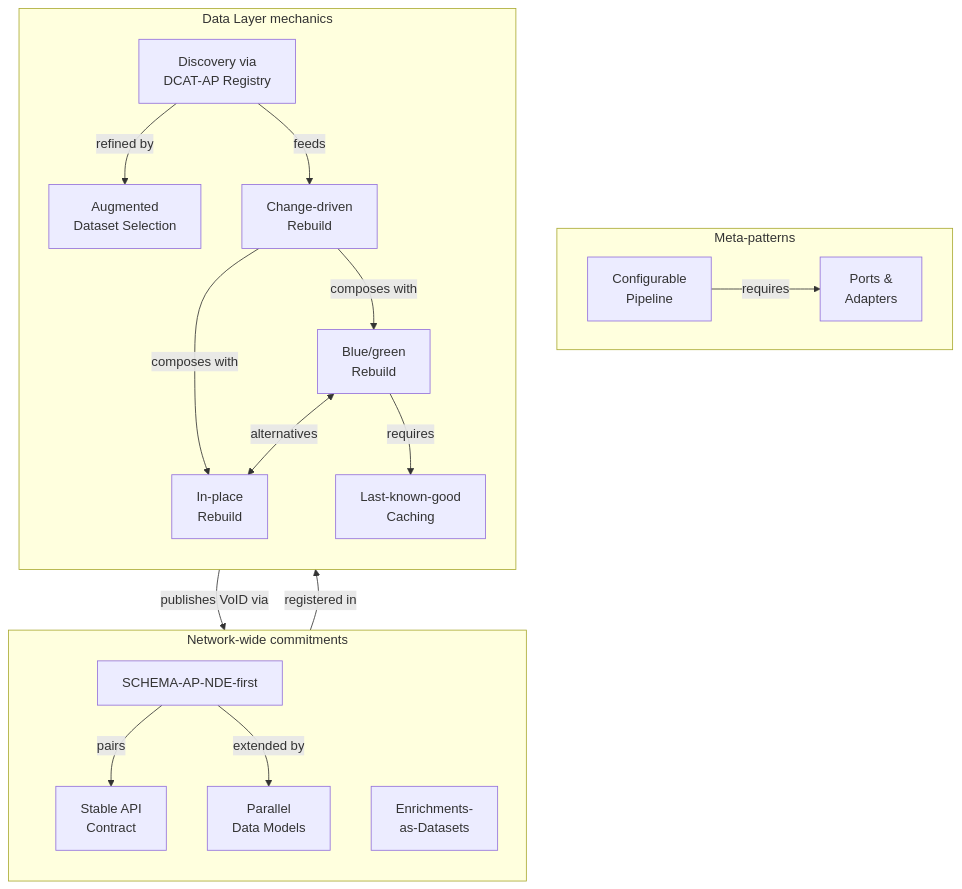
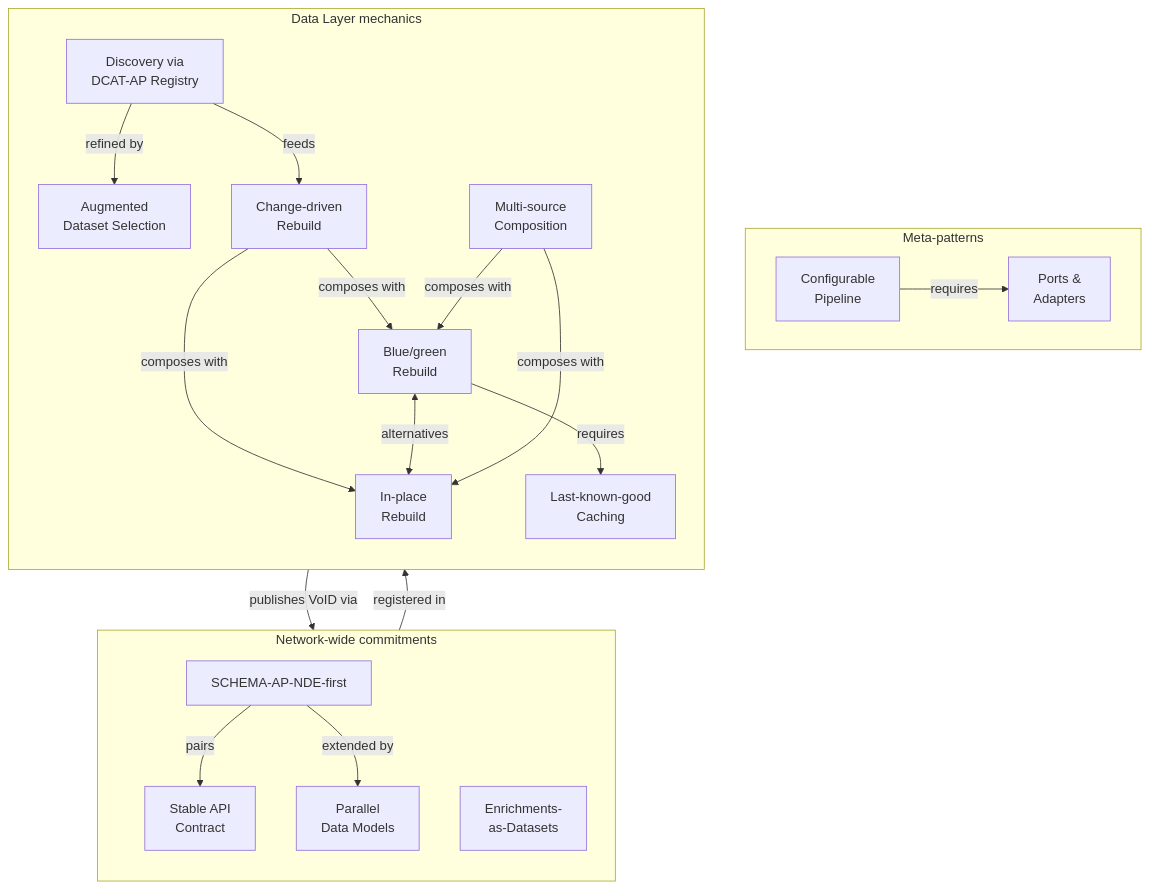
One commit to netwerk-digitaal-erfgoed/netwerk-digitaal-erfgoed.github.io changed the diagram in docs/stack/patterns.md. Above: the diagram before and after it, drawn with Mermaid. The commit also changed other lines of this file and 1 other file, not shown here.

First line of the commit message:
docs(stack): add Multi-source Composition pattern (#110)

````diff
--- a/docs/stack/patterns.md
+++ b/docs/stack/patterns.md
@@ -25,46 +25,49 @@
 ```mermaid
 flowchart TB
     subgraph META ["Meta-patterns"]
         direction LR
         CP["Configurable<br/>Pipeline"]
         PA["Ports &<br/>Adapters"]
     end
 
     subgraph NW ["Network-wide commitments"]
         direction TB
         SAP["SCHEMA-AP-NDE-first"]
         PDM["Parallel<br/>Data Models"]
         SAC["Stable API<br/>Contract"]
         EAD["Enrichments-<br/>as-Datasets"]
     end
 
     subgraph DL ["Data Layer mechanics"]
         direction TB
         DISC["Discovery via<br/>DCAT-AP Registry"]
         ADS["Augmented<br/>Dataset Selection"]
         CDR["Change-driven<br/>Rebuild"]
         BGR["Blue/green<br/>Rebuild"]
         IPR["In-place<br/>Rebuild"]
         LKG["Last-known-good<br/>Caching"]
+        MSC["Multi-source<br/>Composition"]
     end
 
     %% Meta-patterns
     CP -- requires --> PA
 
     %% Network-wide
     SAP -- pairs --> SAC
     SAP -- extended by --> PDM
 
     %% Data layer
     DISC -- refined by --> ADS
     DISC -- feeds --> CDR
     CDR -- composes with --> BGR
     CDR -- composes with --> IPR
     BGR -- requires --> LKG
     BGR <-- alternatives --> IPR
+    MSC -- composes with --> IPR
+    MSC -- composes with --> BGR
 
     %% Closing the loop
     ADS -- publishes VoID via --> EAD
     EAD -- registered in --> DISC
 
 ```
````
